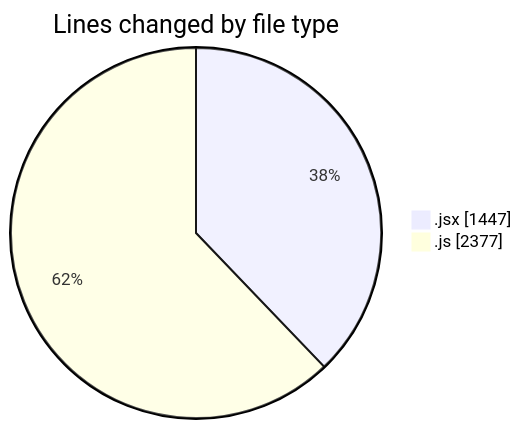
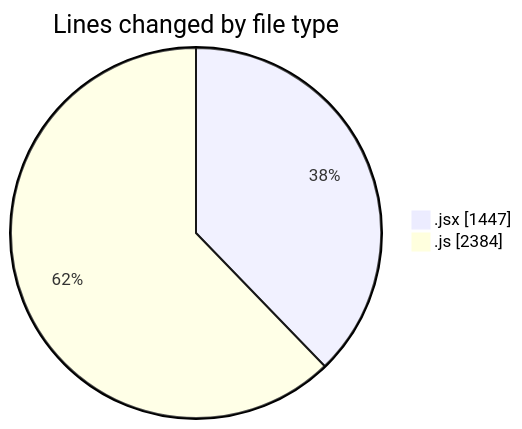
Before and after one commit to nxtqubesakshisongat/code-tracking: the first of 2 diagrams in 2025-09-15/nxtqube_webapp/README.md, drawn with Mermaid. The commit also changed other lines of this file and 1 other file, not shown here.

````diff
--- a/2025-09-15/nxtqube_webapp/README.md
+++ b/2025-09-15/nxtqube_webapp/README.md
@@ -22,6 +22,6 @@
 ```mermaid
 pie showData
 title Lines changed by file type
 ".jsx" : 1447
-".js" : 2377
+".js" : 2384
 ```
````
